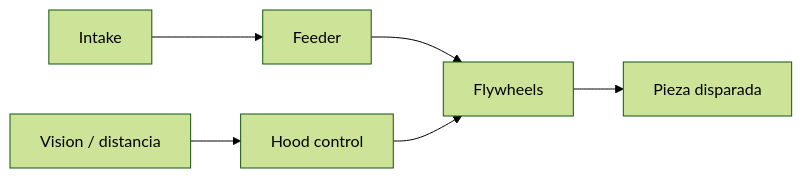
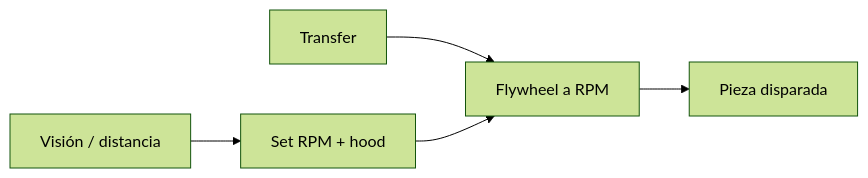
Before and after one commit to 23140142-MMHT/prueba-techical-1: the diagram in content/subsystems/shooter.mdx, drawn with Mermaid (forest theme). The commit also changed other lines of this file and 18 other files, not shown here.

````diff
--- a/content/subsystems/shooter.mdx
+++ b/content/subsystems/shooter.mdx
@@ -36,8 +44,7 @@
 ```mermaid
 flowchart LR
-  I[Intake] --> F[Feeder]
-  F --> S[Flywheels]
-  V[Vision / distancia] --> H[Hood control]
-  H --> S
-  S --> O[Pieza disparada]
+  T[Transfer] --> F[Flywheel a RPM]
+  V[Visión / distancia] --> RPM[Set RPM + hood]
+  RPM --> F
+  F --> O[Pieza disparada]
 ```
````
